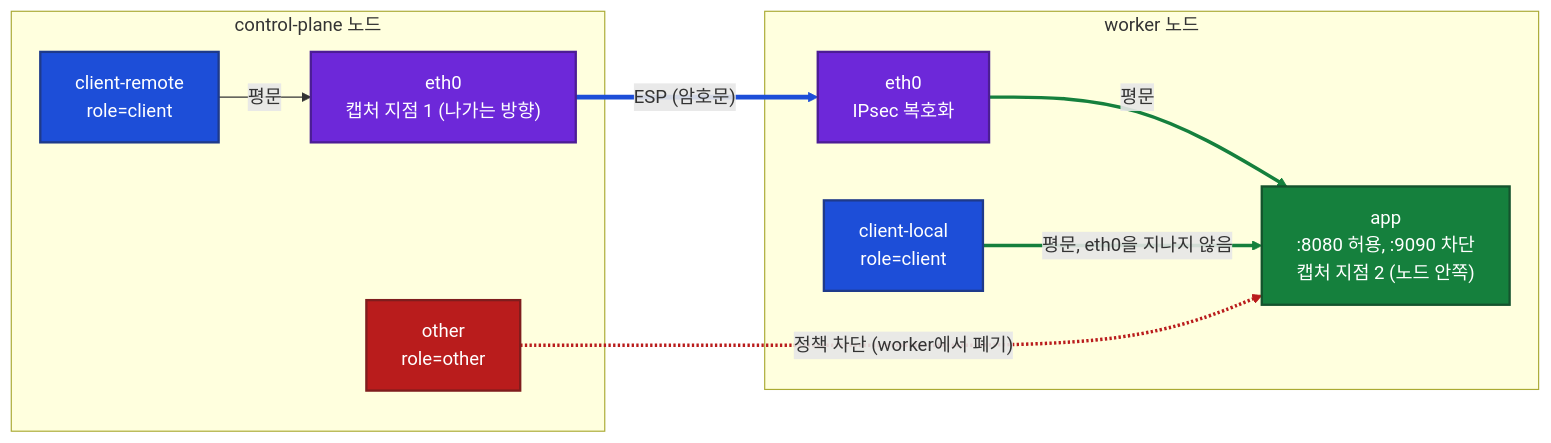
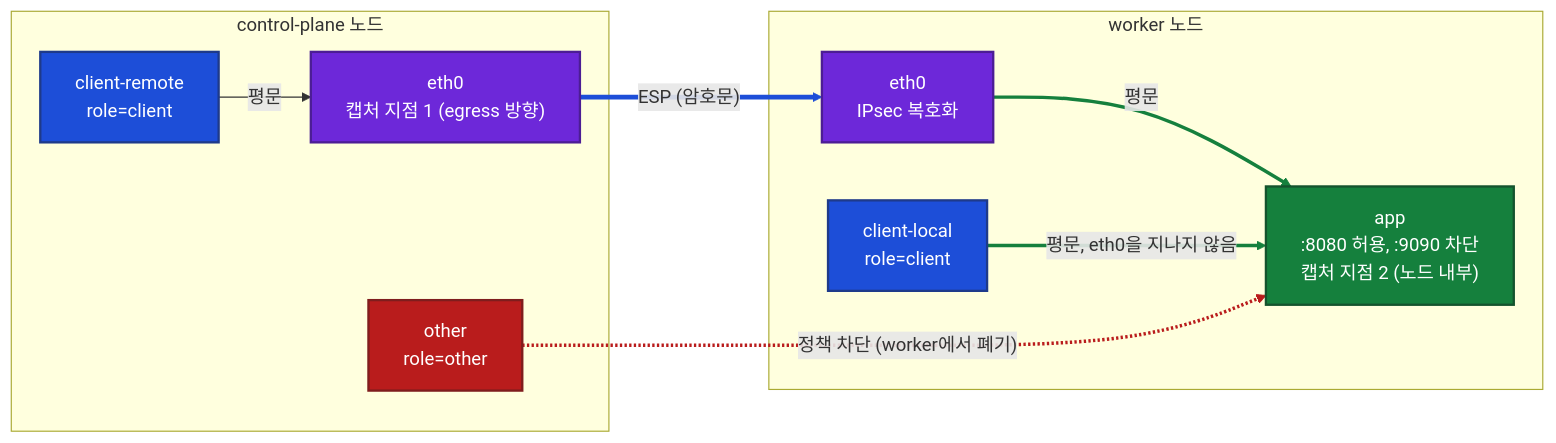
The third of 3 diagrams in README.md (loquemedalagana/ipsec-gateway-lab), drawn with Mermaid before and after one commit. The commit also changed other lines of this file and 1 other file, not shown here.

Commit message:
README·check.sh: 용어 정리(egress, 송신·수신 노드, 노드 간 구간, 마커), SA 주소 설명 정정

````diff
--- a/README.md
+++ b/README.md
@@ -171,29 +171,29 @@
 ```mermaid
 flowchart LR
   subgraph CPN["control-plane 노드"]
     cr["client-remote<br/>role=client"]
     ot["other<br/>role=other"]
-    e1["eth0<br/>캡처 지점 1 (나가는 방향)"]
+    e1["eth0<br/>캡처 지점 1 (egress 방향)"]
   end
   subgraph WKN["worker 노드"]
     e2["eth0<br/>IPsec 복호화"]
     cl["client-local<br/>role=client"]
-    ap["app<br/>:8080 허용, :9090 차단<br/>캡처 지점 2 (노드 안쪽)"]
+    ap["app<br/>:8080 허용, :9090 차단<br/>캡처 지점 2 (노드 내부)"]
   end
   cr -- "평문" --> e1
   e1 == "ESP (암호문)" ==> e2
   e2 -- "평문" --> ap
   cl -- "평문, eth0을 지나지 않음" --> ap
   ot -. "정책 차단 (worker에서 폐기)" .-> ap
   classDef client fill:#1D4ED8,stroke:#1E3A8A,stroke-width:2px,color:#FFFFFF
   classDef wan fill:#6D28D9,stroke:#4C1D95,stroke-width:2px,color:#FFFFFF
   classDef allow fill:#15803D,stroke:#14532D,stroke-width:2px,color:#FFFFFF
   classDef deny fill:#B91C1C,stroke:#7F1D1D,stroke-width:2px,color:#FFFFFF
   class cr,cl client
   class e1,e2 wan
   class ap allow
   class ot deny
   linkStyle 1 stroke:#1D4ED8,stroke-width:4px
   linkStyle 2,3 stroke:#15803D,stroke-width:3px
   linkStyle 4 stroke:#B91C1C,stroke-width:3px
 ```
````
